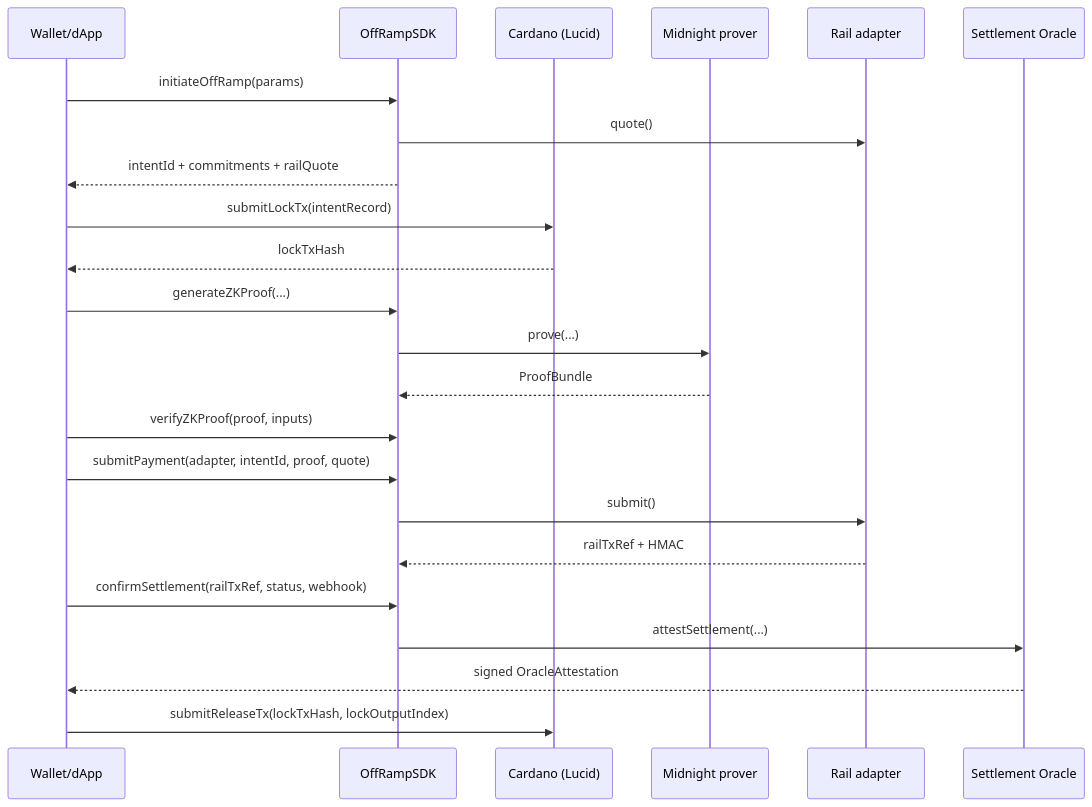
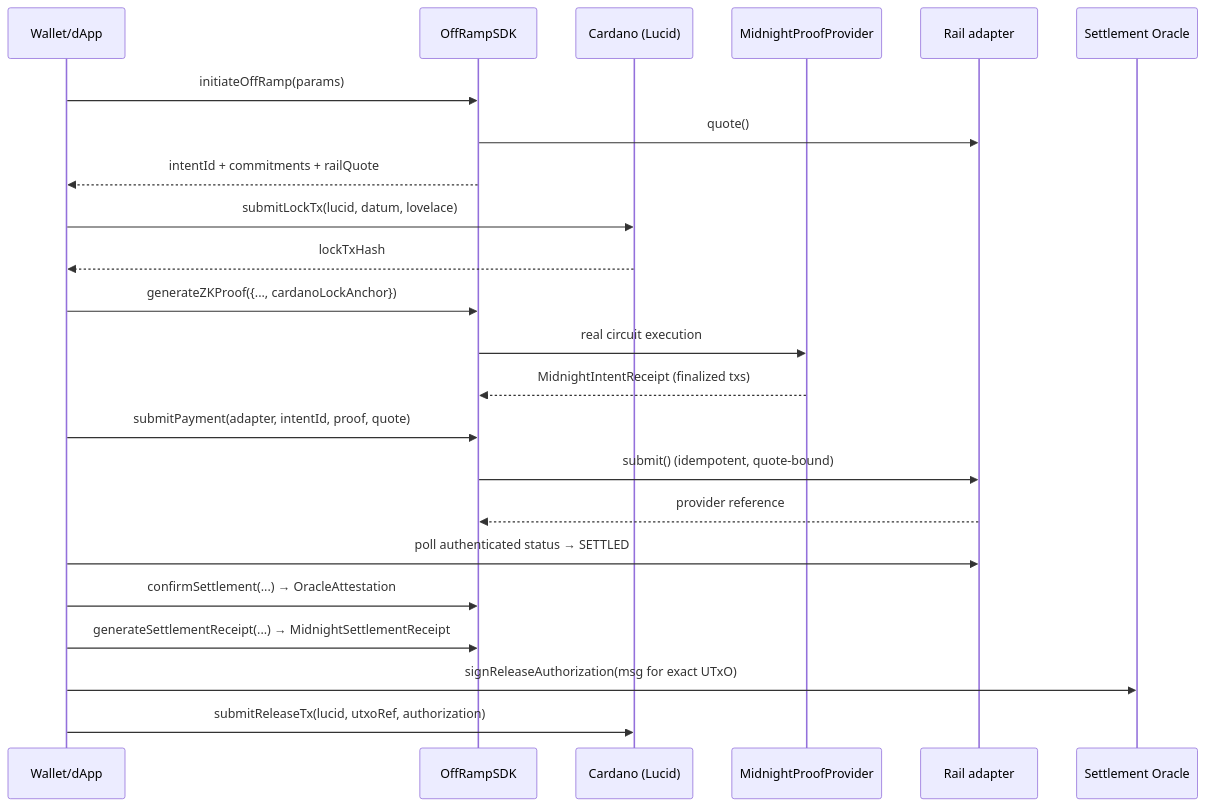
One commit to Nucastio/MidnightZK-Off-Ramp-SDK-ADA-Web2-Payments changed the diagram in docs/integration.md. Above: the diagram before and after it, drawn with Mermaid. The commit also changed other lines of this file and 105 other files, not shown here.

````diff
--- a/docs/integration.md
+++ b/docs/integration.md
@@ -30,26 +41,26 @@
 ```mermaid
 sequenceDiagram
   participant App as Wallet/dApp
   participant SDK as OffRampSDK
   participant Cardano as Cardano (Lucid)
-  participant Midnight as Midnight prover
+  participant Midnight as MidnightProofProvider
   participant Rail as Rail adapter
   participant Oracle as Settlement Oracle
 
   App->>SDK: initiateOffRamp(params)
   SDK->>Rail: quote()
   SDK-->>App: intentId + commitments + railQuote
-  App->>Cardano: submitLockTx(intentRecord)
+  App->>Cardano: submitLockTx(lucid, datum, lovelace)
   Cardano-->>App: lockTxHash
-  App->>SDK: generateZKProof(...)
-  SDK->>Midnight: prove(...)
-  Midnight-->>SDK: ProofBundle
-  App->>SDK: verifyZKProof(proof, inputs)
+  App->>SDK: generateZKProof({..., cardanoLockAnchor})
+  SDK->>Midnight: real circuit execution
+  Midnight-->>SDK: MidnightIntentReceipt (finalized txs)
   App->>SDK: submitPayment(adapter, intentId, proof, quote)
-  SDK->>Rail: submit()
-  Rail-->>SDK: railTxRef + HMAC
-  App->>SDK: confirmSettlement(railTxRef, status, webhook)
-  SDK->>Oracle: attestSettlement(...)
-  Oracle-->>App: signed OracleAttestation
-  App->>Cardano: submitReleaseTx(lockTxHash, lockOutputIndex)
+  SDK->>Rail: submit() (idempotent, quote-bound)
+  Rail-->>SDK: provider reference
+  App->>Rail: poll authenticated status → SETTLED
+  App->>SDK: confirmSettlement(...) → OracleAttestation
+  App->>SDK: generateSettlementReceipt(...) → MidnightSettlementReceipt
+  App->>Oracle: signReleaseAuthorization(msg for exact UTxO)
+  App->>Cardano: submitReleaseTx(lucid, utxoRef, authorization)
 ```
````
